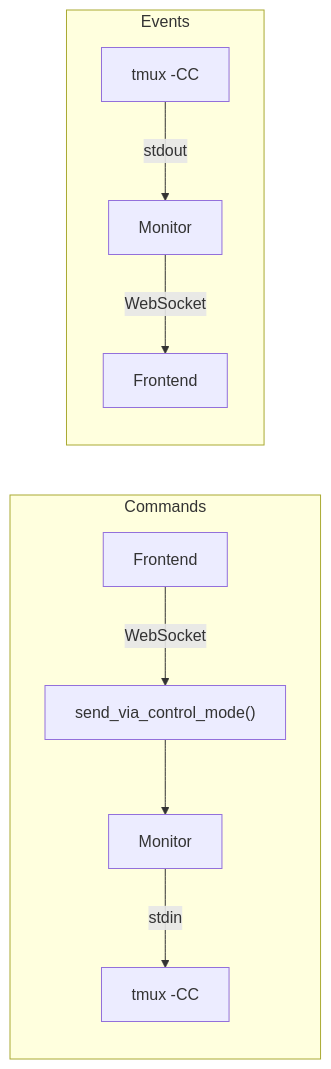
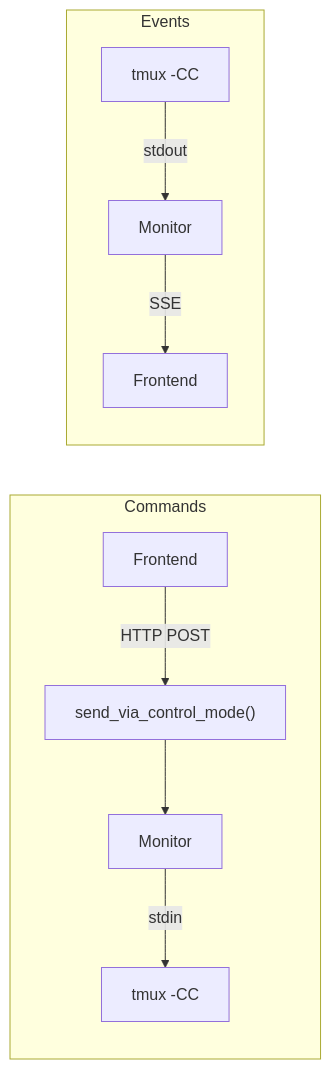
The fifth of 5 diagrams in docs/architecture.md (flplima/tmuxy), drawn with Mermaid before and after one commit. The commit also changed other lines of this file and 28 other files, not shown here.

First line of the commit message:
🔥 Remove all WebSocket references, document SSE/HTTP communication architecture

````diff
--- a/docs/architecture.md
+++ b/docs/architecture.md
@@ -257,13 +265,13 @@
 ```mermaid
 graph LR
     subgraph Commands
-        FE1[Frontend] -->|WebSocket| SCM["send_via_control_mode()"]
+        FE1[Frontend] -->|"HTTP POST"| SCM["send_via_control_mode()"]
         SCM --> Mon[Monitor]
         Mon -->|stdin| TMX["tmux -CC"]
     end
 
     subgraph Events
         TMX2["tmux -CC"] -->|stdout| Mon2[Monitor]
-        Mon2 -->|WebSocket| FE2[Frontend]
+        Mon2 -->|SSE| FE2[Frontend]
     end
 ```
````
